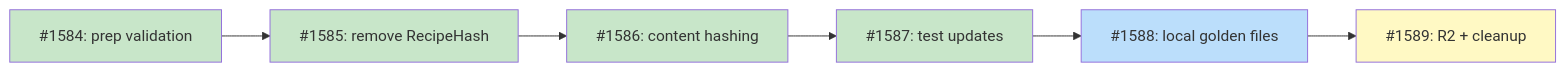
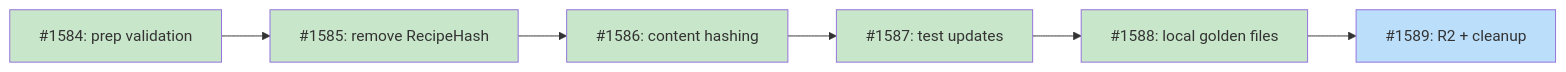
The diagram in docs/designs/DESIGN-plan-hash-removal.md (tsukumogami/tsuku), drawn with Mermaid before and after one commit. The commit also changed other lines of this file and 3 other files, not shown here.

Commit message:
docs: update design diagram for completed issue #1588

````diff
--- a/docs/designs/DESIGN-plan-hash-removal.md
+++ b/docs/designs/DESIGN-plan-hash-removal.md
@@ -347,24 +347,23 @@
 ```mermaid
 graph LR
     I1584["#1584: prep validation"]
     I1585["#1585: remove RecipeHash"]
     I1586["#1586: content hashing"]
     I1587["#1587: test updates"]
     I1588["#1588: local golden files"]
     I1589["#1589: R2 + cleanup"]
 
     I1584 --> I1585
     I1585 --> I1586
     I1586 --> I1587
     I1587 --> I1588
     I1588 --> I1589
 
     classDef done fill:#c8e6c9
     classDef ready fill:#bbdefb
     classDef blocked fill:#fff9c4
     classDef needsDesign fill:#e1bee7
 
-    class I1584,I1585,I1586,I1587 done
-    class I1588 ready
-    class I1589 blocked
+    class I1584,I1585,I1586,I1587,I1588 done
+    class I1589 ready
 ```
````
